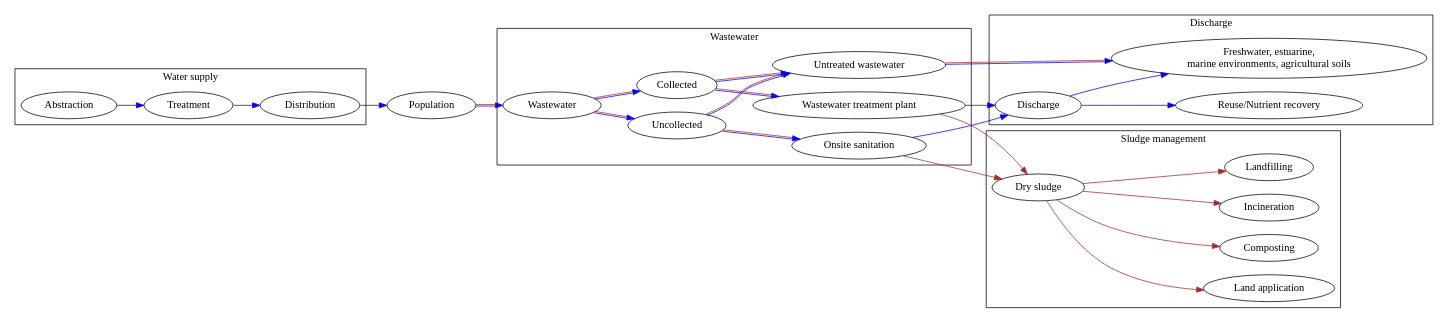
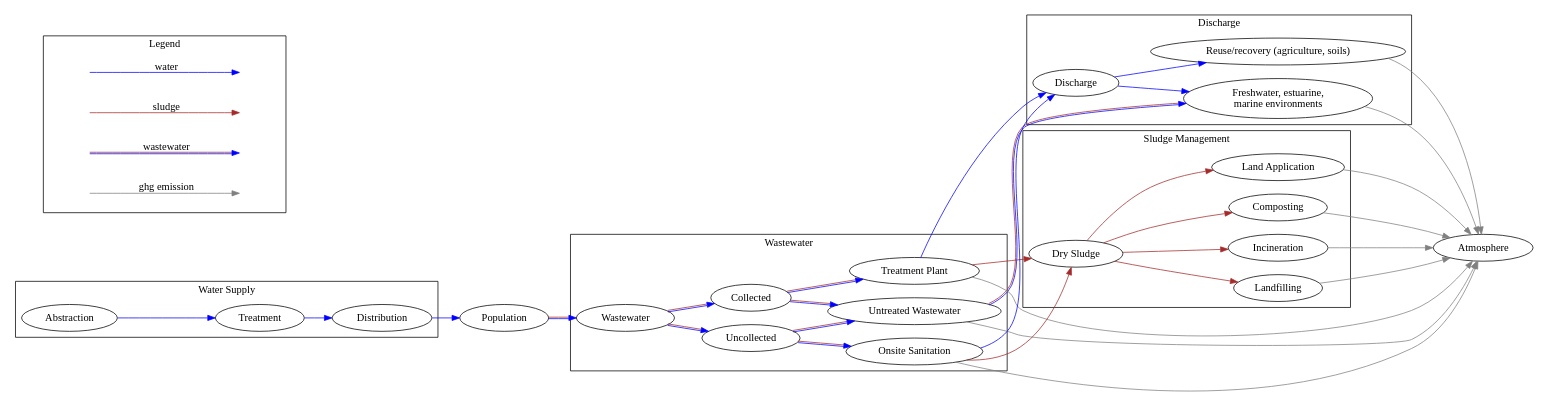
One commit to icra/ecam changed the diagram in v3/frontend/diagram/map.dot. Above: the diagram before and after it, drawn with Graphviz. The commit also changed 4 other files, not shown here.

```diff
--- a/v3/frontend/diagram/map.dot
+++ b/v3/frontend/diagram/map.dot
@@ -1,54 +1,71 @@
 digraph MyGraph {
-  rankdir=LR
+  rankdir="LR";
 
   wsa [label="Abstraction"]
   wst [label="Treatment"]
   wsd [label="Distribution"]
   pop [label="Population"]
   ww  [label="Wastewater"]
   unc [label="Uncollected"]
   col [label="Collected"]
-  unt [label="Untreated wastewater"]
-  wwt [label="Wastewater treatment plant"]
-  ons [label="Onsite sanitation"]
-
+  unt [label="Untreated Wastewater"]
+  wwt [label="Treatment Plant"]
+  ons [label="Onsite Sanitation"]
   dis [label="Discharge"]
-  riv [label="Freshwater, estuarine,\nmarine environments, agricultural soils"]
-  reu [label="Reuse/Nutrient recovery"]
-
-  slu [label="Dry sludge"]
+  riv [label="Freshwater, estuarine,\nmarine environments"]
+  reu [label="Reuse/recovery (agriculture, soils)"]
+  slu [label="Dry Sludge"]
   inc [label="Incineration"]
   laf [label="Landfilling"]
-  lap [label="Land application"]
+  lap [label="Land Application"]
   com [label="Composting"]
 
   subgraph cluster_ws {
-    label="Water supply"
+    label="Water Supply"
     wsa -> wst -> wsd [color="blue"]
   }
 
   wsd -> pop [color="blue"]
   pop -> ww  [color="blue:brown"]
 
   subgraph cluster_ww{
     label="Wastewater"
     ww  -> {unc col} [color="blue:brown"]
     unc -> {unt ons} [color="blue:brown"]
     col -> {unt wwt} [color="blue:brown"]
   }
 
   subgraph cluster_dis {
     label="Discharge"
     unt -> riv [color="blue:brown"]
     ons -> dis [color="blue"]
     wwt -> dis [color="blue"]
     dis -> riv [color="blue"]
     dis -> reu [color="blue"]
   }
 
   subgraph cluster_sm{
-    label="Sludge management"
+    label="Sludge Management"
     {ons wwt} -> slu               [color="brown"]
     slu       -> {inc laf lap com} [color="brown"]
   }
+
+  subgraph cluster_legend {
+    rankdi="LR"
+    label="Legend"
+    legend_a[label="",shape="none"]
+    legend_b[label="",shape="none"]
+    legend_c[label="",shape="none"]
+    legend_d[label="",shape="none"]
+    legend_e[label="",shape="none"]
+    legend_f[label="",shape="none"]
+    legend_g[label="",shape="none"]
+    legend_h[label="",shape="none"]
+    legend_a -> legend_b [color="blue",       label="water"]
+    legend_c -> legend_d [color="brown",      label="sludge"]
+    legend_e -> legend_f [color="blue:brown", label="wastewater"]
+    legend_g -> legend_h [color="grey",       label="ghg emission"]
+  }
+
+  {unt wwt ons riv reu inc laf lap com} -> Atmosphere [color="grey"]
 }
```
